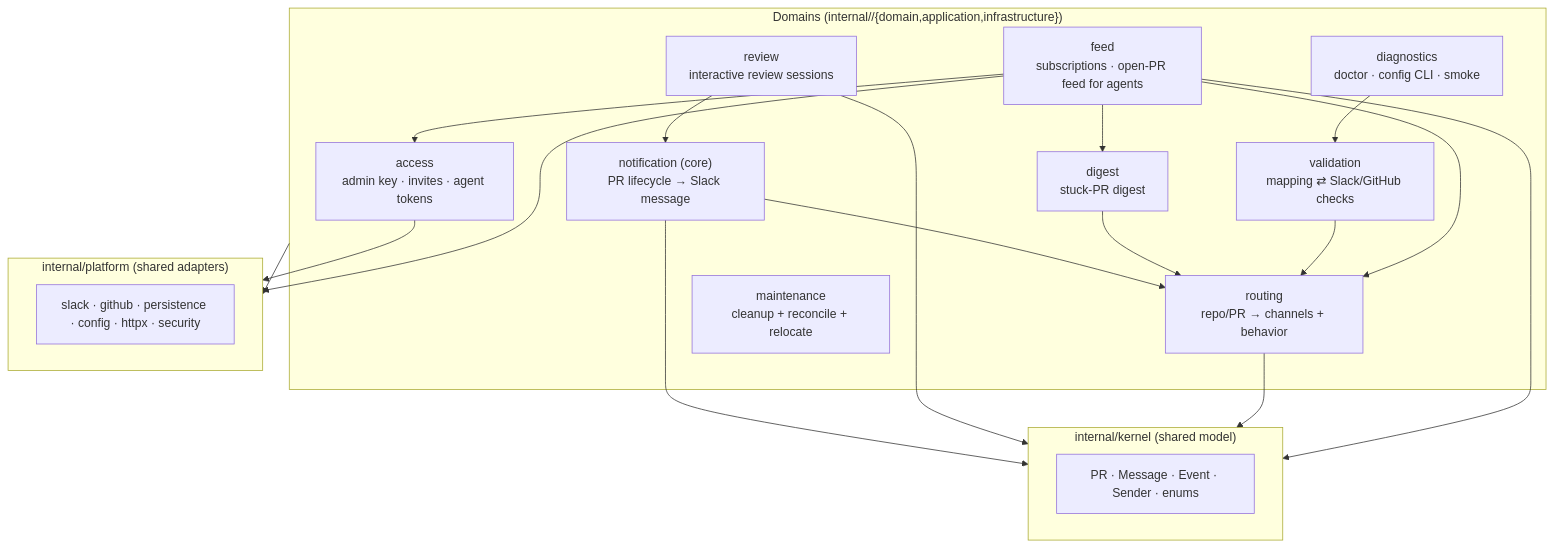
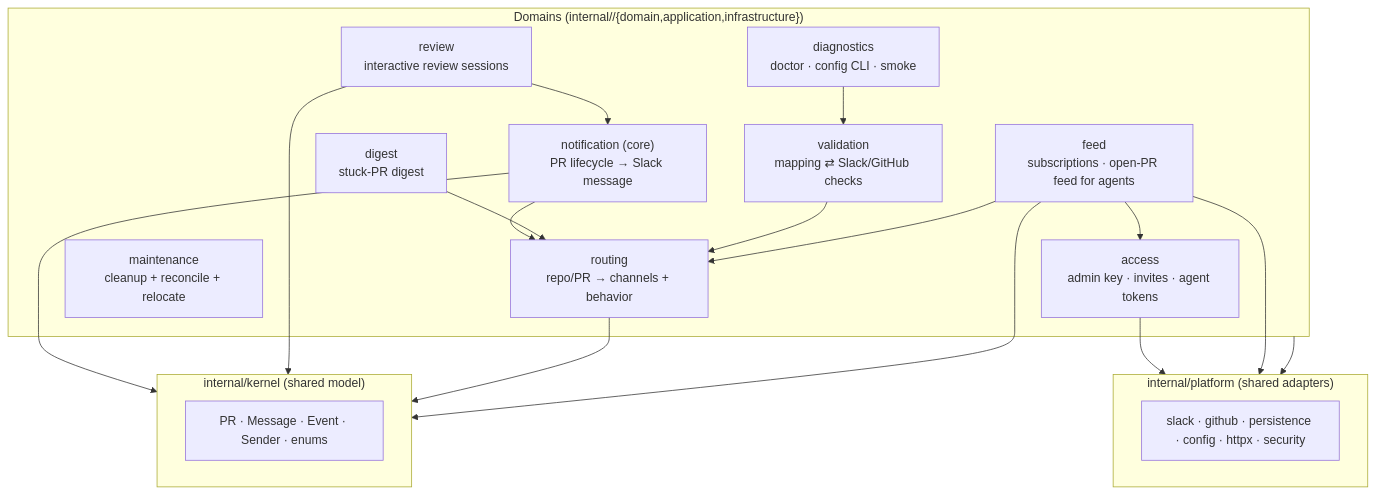
Before and after one commit to mptooling/notifycat: the diagram in ARCHITECTURE.md, drawn with Mermaid. The commit also changed other lines of this file and 25 other files, not shown here.

````diff
--- a/ARCHITECTURE.md
+++ b/ARCHITECTURE.md
@@ -64,35 +64,34 @@
 ```mermaid
 flowchart TB
   subgraph domains["Domains (internal/<domain>/{domain,application,infrastructure})"]
     notification["notification (core)<br/>PR lifecycle → Slack message"]
     review["review<br/>interactive review sessions"]
     routing["routing<br/>repo/PR → channels + behavior"]
     validation["validation<br/>mapping ⇄ Slack/GitHub checks"]
     digest["digest<br/>stuck-PR digest"]
     maintenance["maintenance<br/>cleanup + reconcile + relocate"]
     diagnostics["diagnostics<br/>doctor · config CLI · smoke"]
     access["access<br/>admin key · invites · agent tokens"]
     feed["feed<br/>subscriptions · open-PR feed for agents"]
   end
   subgraph kernel["internal/kernel (shared model)"]
     k["PR · Message · Event · Sender · enums"]
   end
   subgraph platform["internal/platform (shared adapters)"]
     p["slack · github · persistence · config · httpx · security"]
   end
   notification --> kernel
   review --> kernel
   routing --> kernel
   notification --> routing
   review --> notification
   digest --> routing
   validation --> routing
   diagnostics --> validation
   access --> platform
   feed --> kernel
   feed --> routing
   feed --> access
-  feed --> digest
   feed --> platform
   domains --> platform
 ```
````
